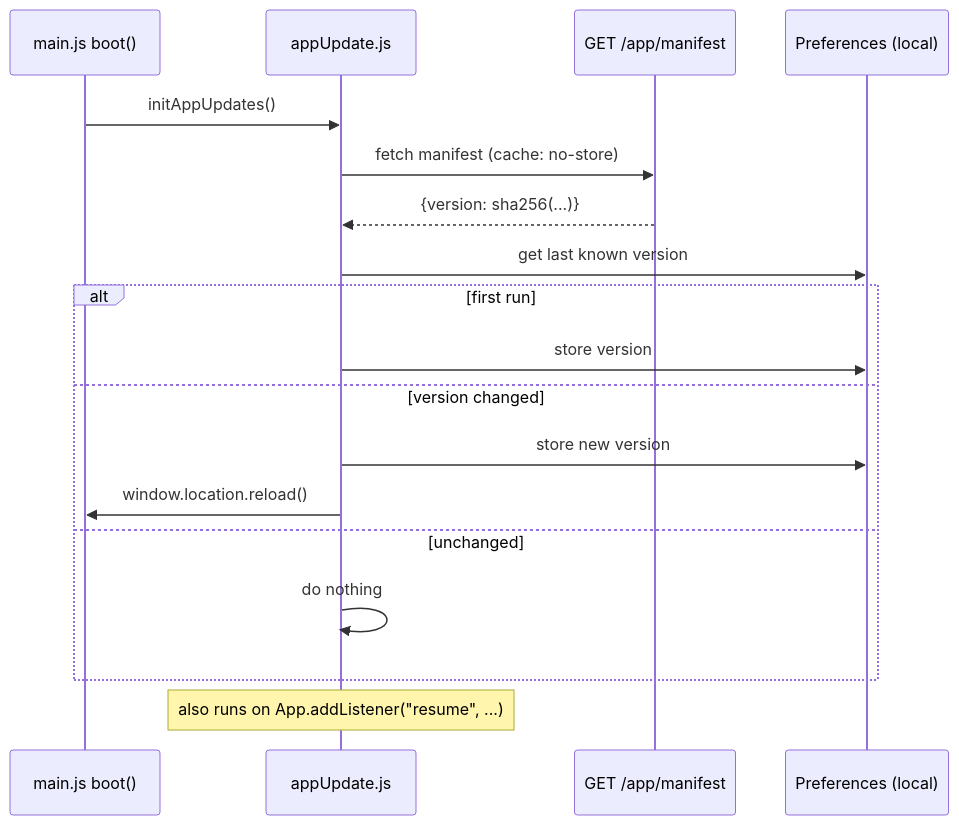
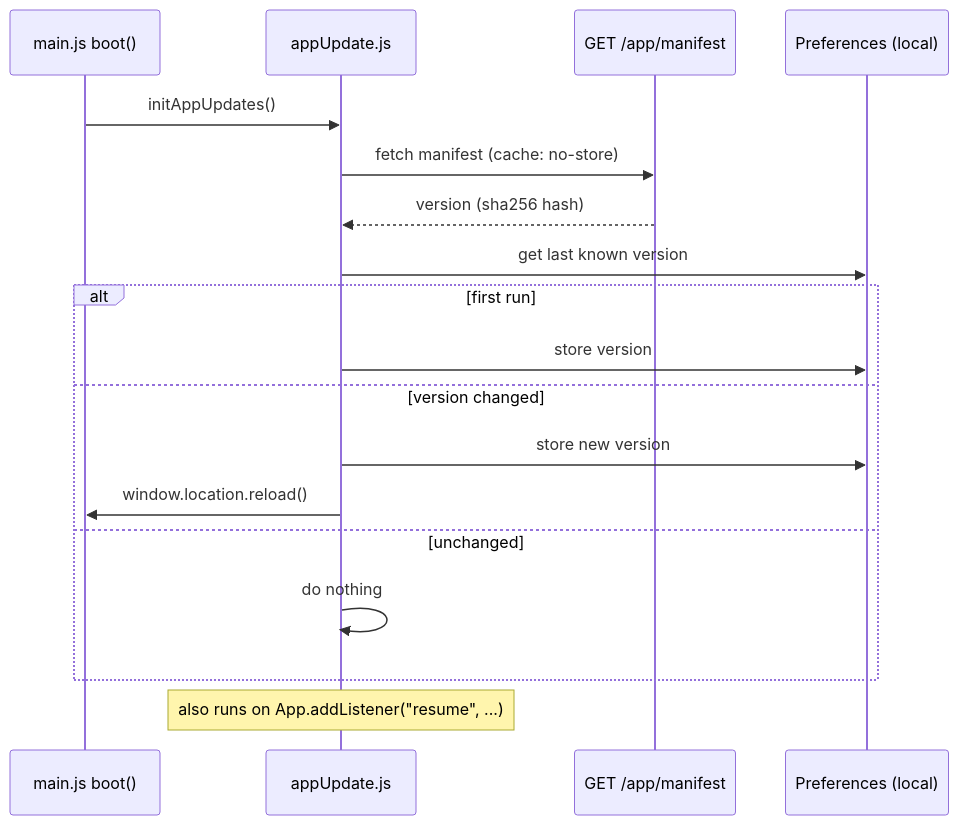
The second of 2 diagrams in docs/en/app/architecture.md (skellent/iOS-compiler), drawn with Mermaid before and after one commit. The commit also changed 9 other files, not shown here.

Commit message:
Mermaid Fix

````diff
--- a/docs/en/app/architecture.md
+++ b/docs/en/app/architecture.md
@@ -44,21 +44,21 @@
 ```mermaid
 sequenceDiagram
     participant App as main.js boot()
     participant Update as appUpdate.js
     participant Backend as GET /app/manifest
     participant Prefs as Preferences (local)
 
     App->>Update: initAppUpdates()
     Update->>Backend: fetch manifest (cache: no-store)
-    Backend-->>Update: {version: sha256(...)}
+    Backend-->>Update: version (sha256 hash)
     Update->>Prefs: get last known version
     alt first run
         Update->>Prefs: store version
     else version changed
         Update->>Prefs: store new version
         Update->>App: window.location.reload()
     else unchanged
         Update->>Update: do nothing
     end
     Note over Update: also runs on App.addListener("resume", ...)
 ```
````
